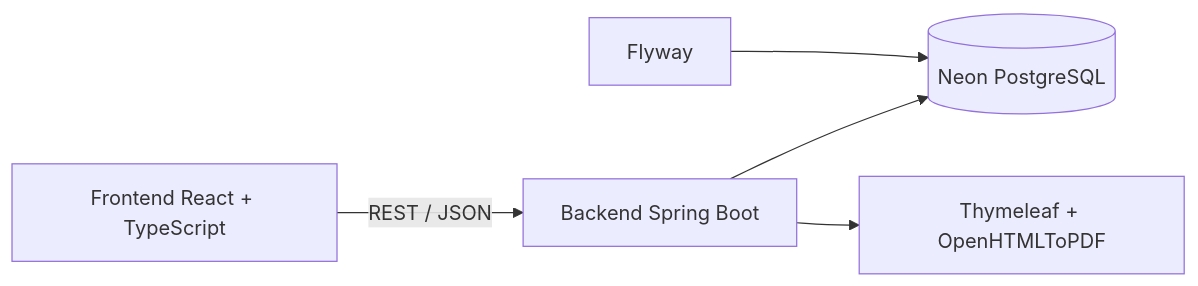
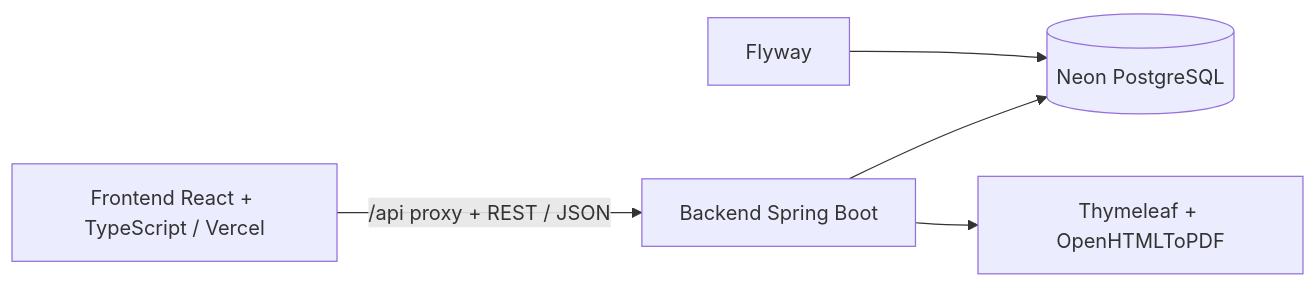
The first of 4 diagrams in backend/README.md (Fran3103/CocktailOps), drawn with Mermaid before and after one commit. The commit also changed other lines of this file and 2 other files, not shown here.

````diff
--- a/backend/README.md
+++ b/backend/README.md
@@ -1344,13 +1270,13 @@
 ```mermaid
 flowchart LR
-    FE[Frontend React + TypeScript]
+    FE[Frontend React + TypeScript / Vercel]
     BE[Backend Spring Boot]
     DB[(Neon PostgreSQL)]
     PDF[Thymeleaf + OpenHTMLToPDF]
     FLY[Flyway]
 
-    FE -->|REST / JSON| BE
+    FE -->|/api proxy + REST / JSON| BE
     BE --> DB
     BE --> PDF
     FLY --> DB
 ```
````
